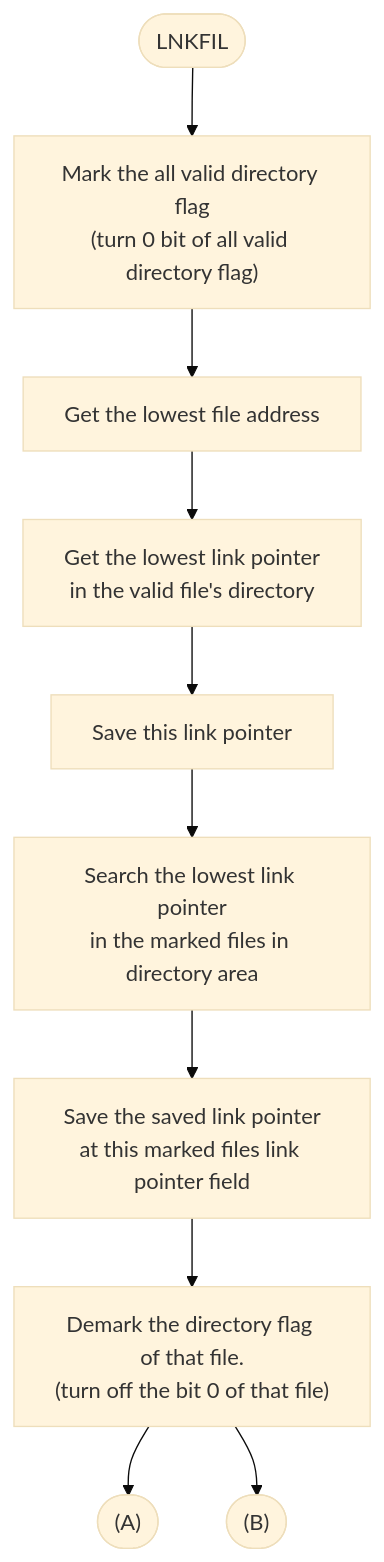
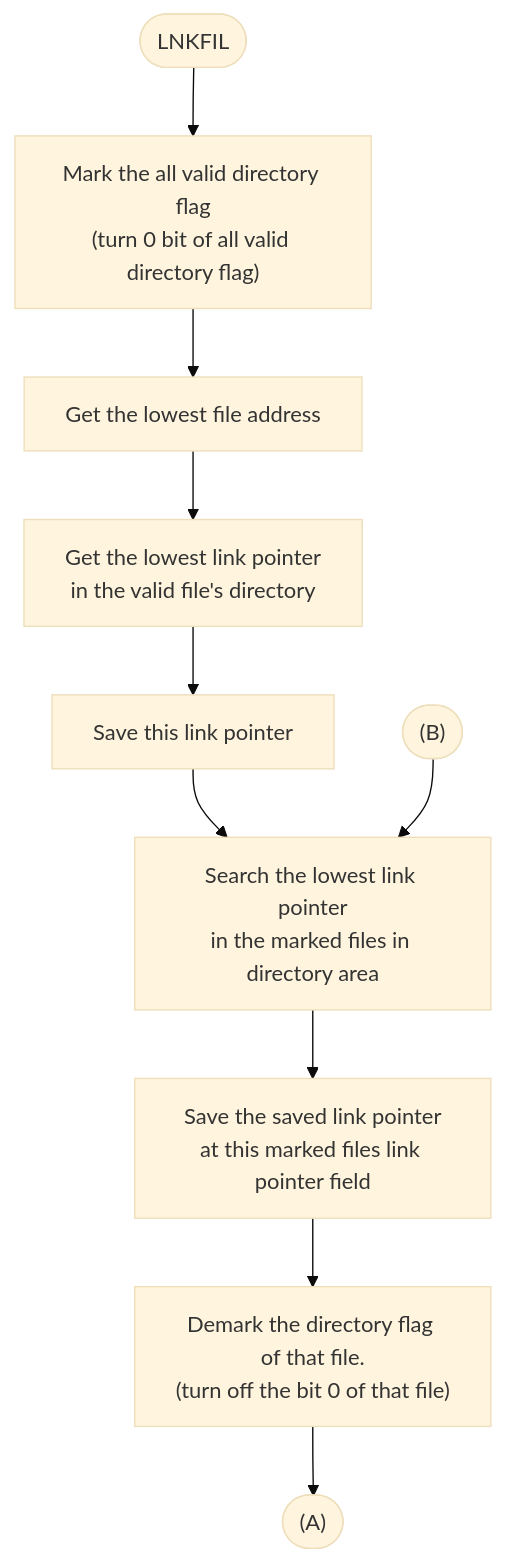
The diagram in experiments/diagram-ocr/results/p130.sonnet-4-6.md (akostibas/pc8201a-meshtastic), drawn with Mermaid (base theme) before and after one commit. The commit also changed other lines of this file and 15 other files, not shown here.

````diff
--- a/experiments/diagram-ocr/results/p130.sonnet-4-6.md
+++ b/experiments/diagram-ocr/results/p130.sonnet-4-6.md
@@ -17,17 +17,16 @@
 ```mermaid
 flowchart TD
     ENTRY([LNKFIL])
     B1["Mark the all valid directory flag\n(turn 0 bit of all valid directory flag)"]
     B2["Get the lowest file address"]
     B3["Get the lowest link pointer\nin the valid file's directory"]
     B4["Save this link pointer"]
     B5["Search the lowest link pointer\nin the marked files in directory area"]
     B6["Save the saved link pointer\nat this marked files link pointer field"]
     B7["Demark the directory flag of that file.\n(turn off the bit 0 of that file)"]
     A(["(A)"])
     B(["(B)"])
 
-    ENTRY --> B1 --> B2 --> B3 --> B4 --> B5 --> B6 --> B7
-    B7 --> A
-    B7 --> B
+    ENTRY --> B1 --> B2 --> B3 --> B4 --> B5 --> B6 --> B7 --> A
+    B(["(B)"]) --> B5
 ```
````
